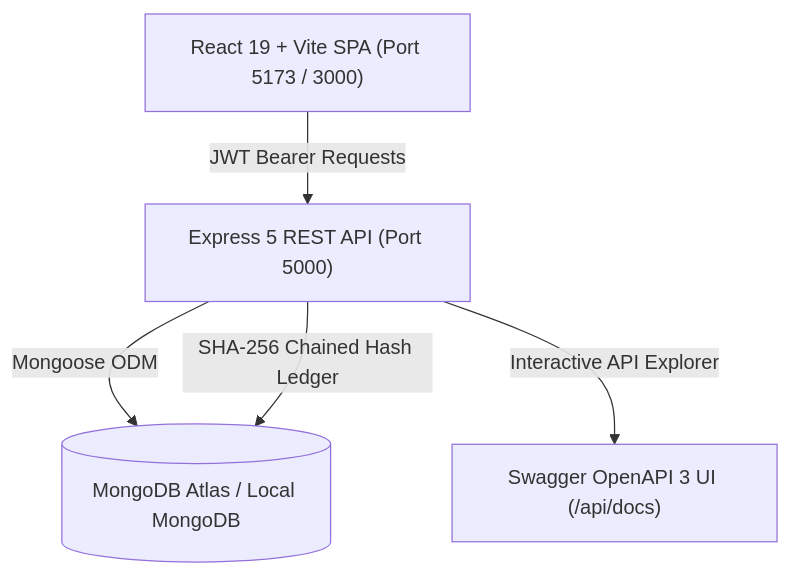
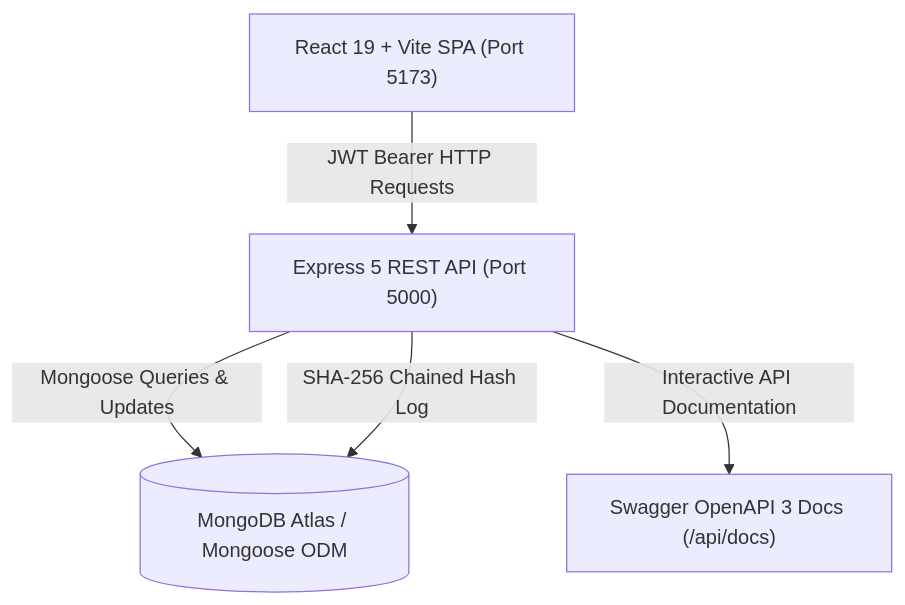
The diagram in README.md (Abhishek-18-abhi/Alumni-Mentor-Project), drawn with Mermaid before and after one commit. The commit also changed other lines of this file, not shown here.

````diff
--- a/README.md
+++ b/README.md
@@ -68,12 +88,12 @@
 ```mermaid
 flowchart TD
-    Client["React 19 + Vite SPA (Port 5173 / 3000)"]
+    Client["React 19 + Vite SPA (Port 5173)"]
     API["Express 5 REST API (Port 5000)"]
-    DB[(MongoDB Atlas / Local MongoDB)]
-    Docs["Swagger OpenAPI 3 UI (/api/docs)"]
+    DB[(MongoDB Atlas / Mongoose ODM)]
+    Docs["Swagger OpenAPI 3 Docs (/api/docs)"]
 
-    Client -->|JWT Bearer Requests| API
-    API -->|Mongoose ODM| DB
-    API -->|Interactive API Explorer| Docs
-    API -->|SHA-256 Chained Hash Ledger| DB
+    Client -->|JWT Bearer HTTP Requests| API
+    API -->|Mongoose Queries & Updates| DB
+    API -->|Interactive API Documentation| Docs
+    API -->|SHA-256 Chained Hash Log| DB
 ```
````
